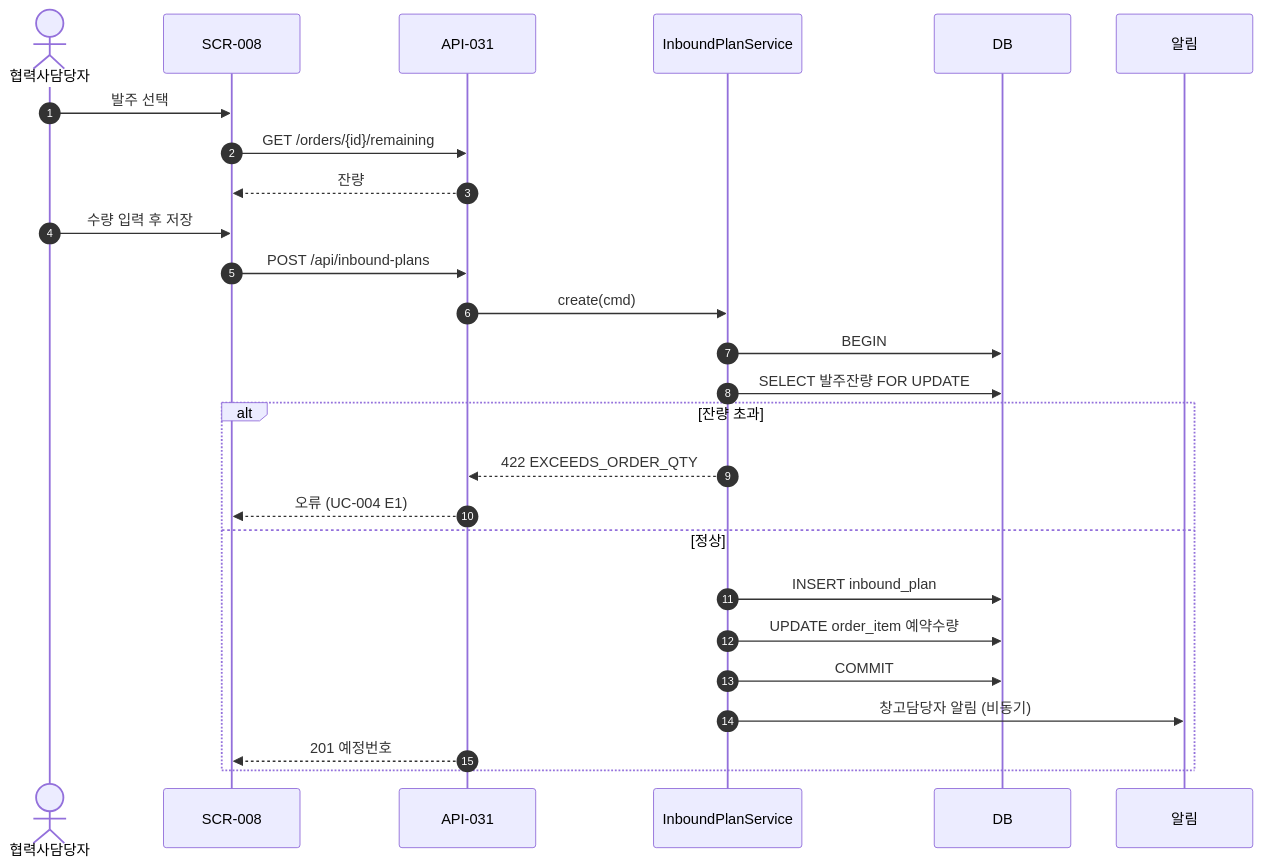
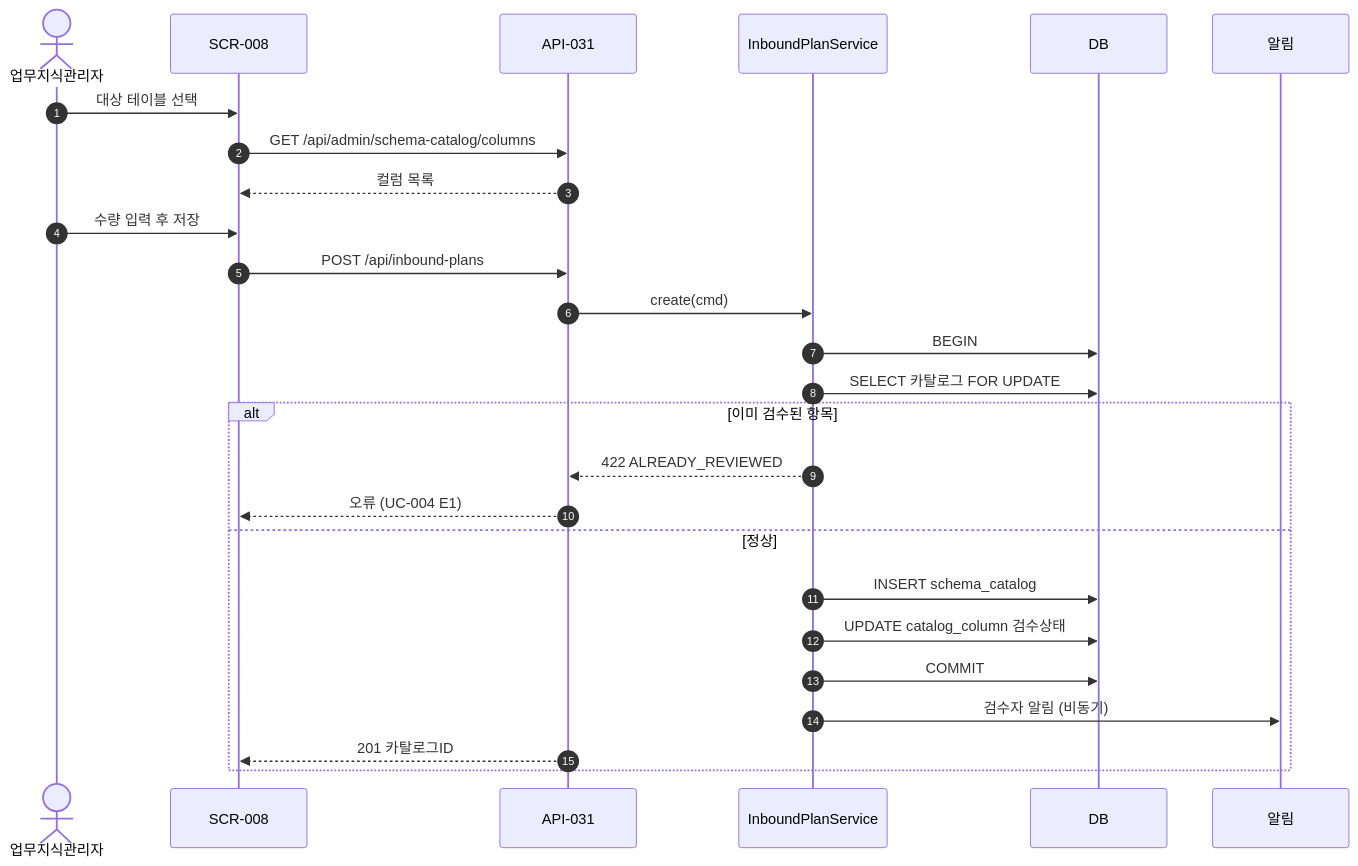
One commit to choijoobok/ai-agent changed the diagram in aidd-guide/phase/P3-design.md. Above: the diagram before and after it, drawn with Mermaid. The commit also changed other lines of this file and 130 other files, not shown here.

````diff
--- a/aidd-guide/phase/P3-design.md
+++ b/aidd-guide/phase/P3-design.md
@@ -227,29 +226,29 @@
 ```mermaid
 sequenceDiagram
   autonumber
-  actor V as 협력사담당자
+  actor V as 업무지식관리자
   participant UI as SCR-008
   participant API as API-031
   participant SVC as InboundPlanService
   participant DB as DB
   participant NOTI as 알림
 
-  V->>UI: 발주 선택
-  UI->>API: GET /orders/{id}/remaining
-  API-->>UI: 잔량
+  V->>UI: 대상 테이블 선택
+  UI->>API: GET /api/admin/schema-catalog/columns
+  API-->>UI: 컬럼 목록
   V->>UI: 수량 입력 후 저장
   UI->>API: POST /api/inbound-plans
   API->>SVC: create(cmd)
   SVC->>DB: BEGIN
-  SVC->>DB: SELECT 발주잔량 FOR UPDATE
-  alt 잔량 초과
-    SVC-->>API: 422 EXCEEDS_ORDER_QTY
+  SVC->>DB: SELECT 카탈로그 FOR UPDATE
+  alt 이미 검수된 항목
+    SVC-->>API: 422 ALREADY_REVIEWED
     API-->>UI: 오류 (UC-004 E1)
   else 정상
-    SVC->>DB: INSERT inbound_plan
-    SVC->>DB: UPDATE order_item 예약수량
+    SVC->>DB: INSERT schema_catalog
+    SVC->>DB: UPDATE catalog_column 검수상태
     SVC->>DB: COMMIT
-    SVC->>NOTI: 창고담당자 알림 (비동기)
-    API-->>UI: 201 예정번호
+    SVC->>NOTI: 검수자 알림 (비동기)
+    API-->>UI: 201 카탈로그ID
   end
 ```
````
